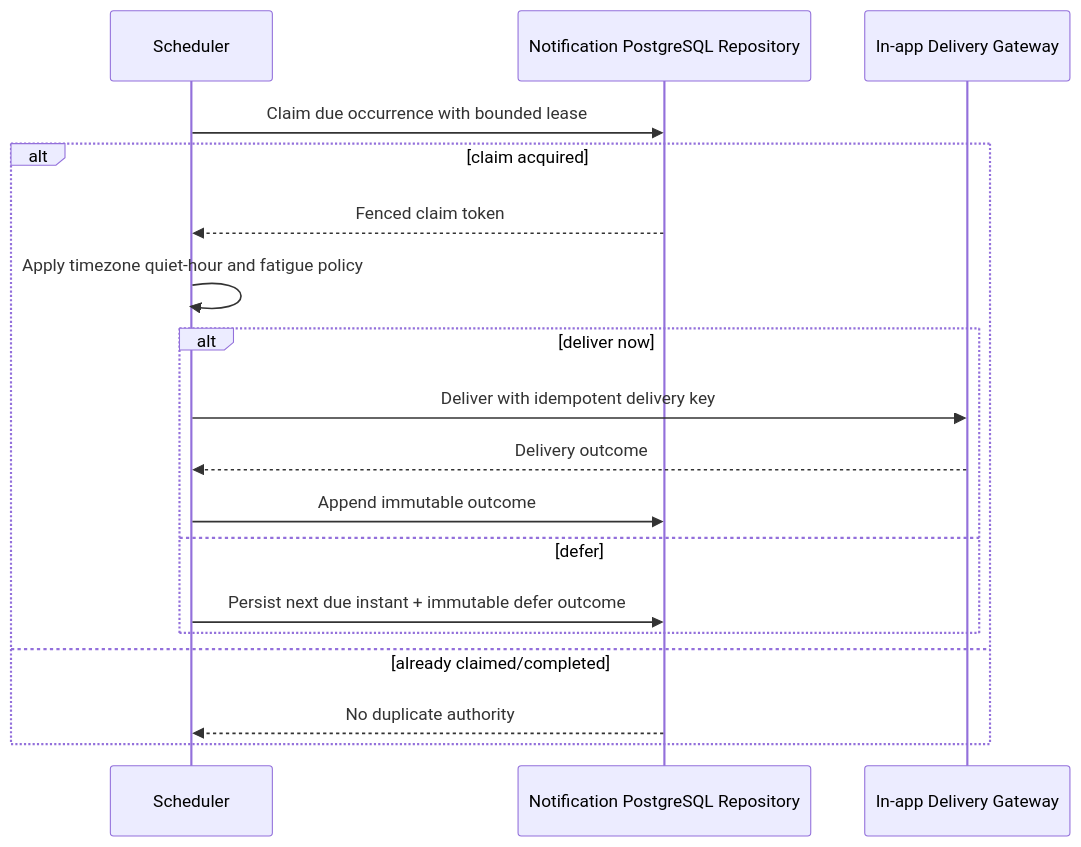
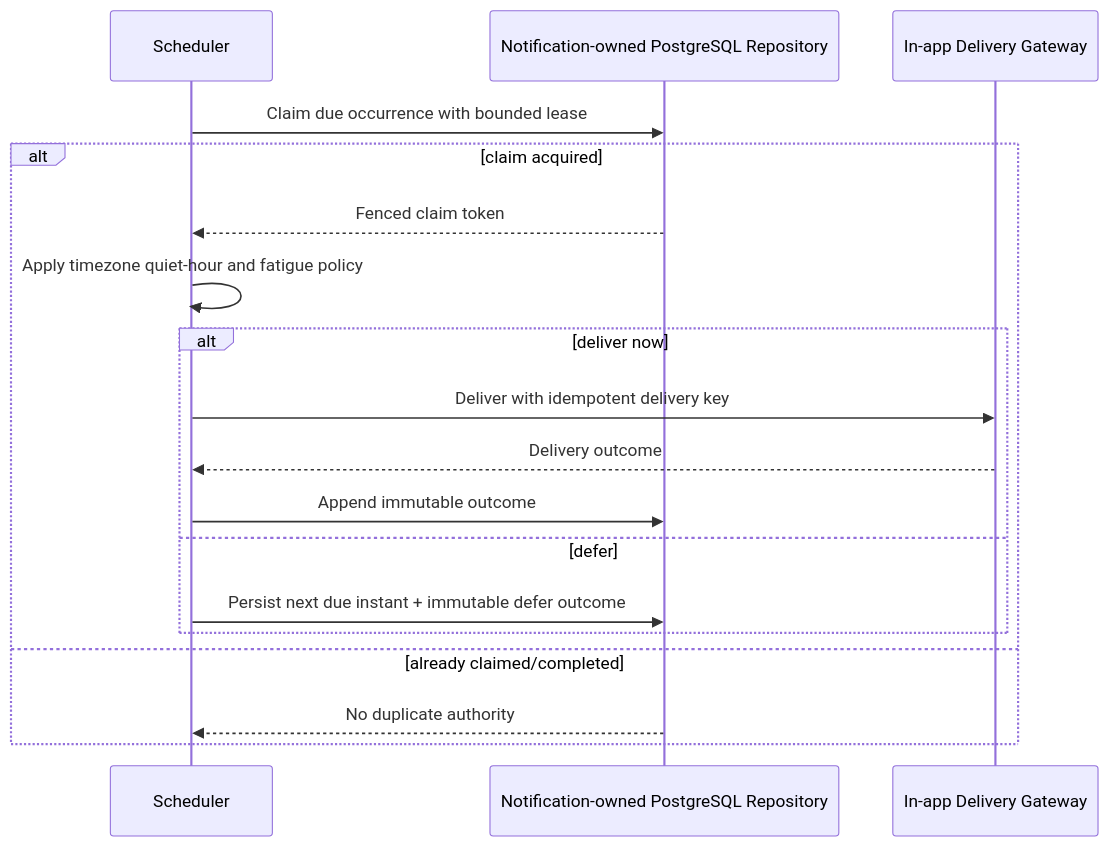
One commit to ContextualWisdomLab/life-os changed the fifth of 11 diagrams in docs/UML.md. Above: the diagram before and after it, drawn with Mermaid. The commit also changed other lines of this file, not shown here.

Commit message:
docs: correct event and database ownership diagrams

````diff
--- a/docs/UML.md
+++ b/docs/UML.md
@@ -144,21 +151,21 @@
 ```mermaid
 sequenceDiagram
     participant Scheduler
-    participant Store as Notification PostgreSQL Repository
+    participant Store as Notification-owned PostgreSQL Repository
     participant Gateway as In-app Delivery Gateway
 
     Scheduler->>Store: Claim due occurrence with bounded lease
     alt claim acquired
         Store-->>Scheduler: Fenced claim token
         Scheduler->>Scheduler: Apply timezone quiet-hour and fatigue policy
         alt deliver now
             Scheduler->>Gateway: Deliver with idempotent delivery key
             Gateway-->>Scheduler: Delivery outcome
             Scheduler->>Store: Append immutable outcome
         else defer
             Scheduler->>Store: Persist next due instant + immutable defer outcome
         end
     else already claimed/completed
         Store-->>Scheduler: No duplicate authority
     end
 ```
````
